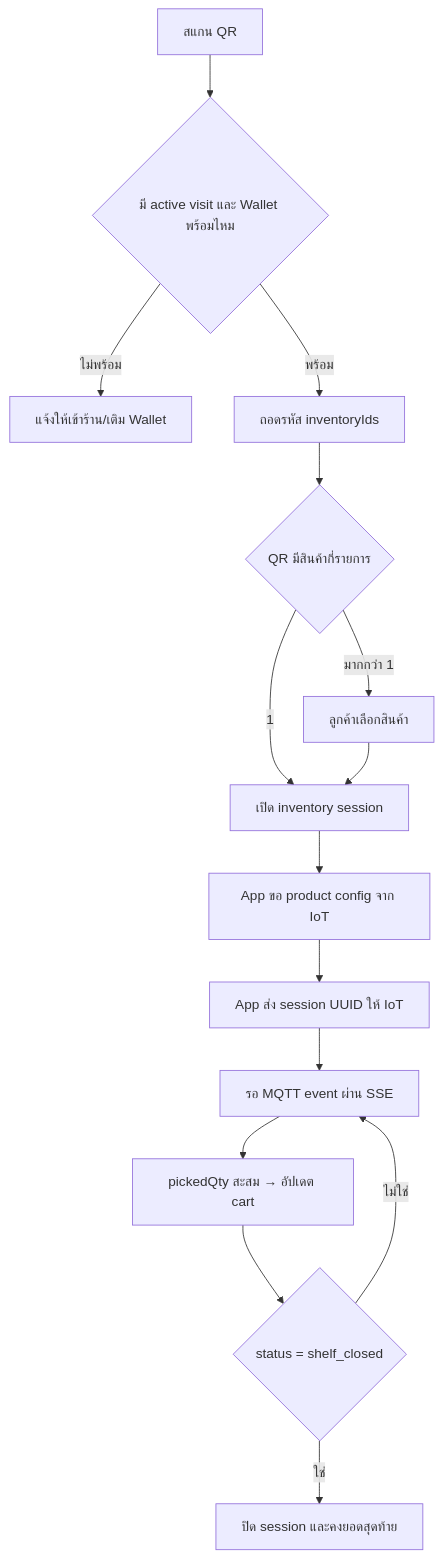
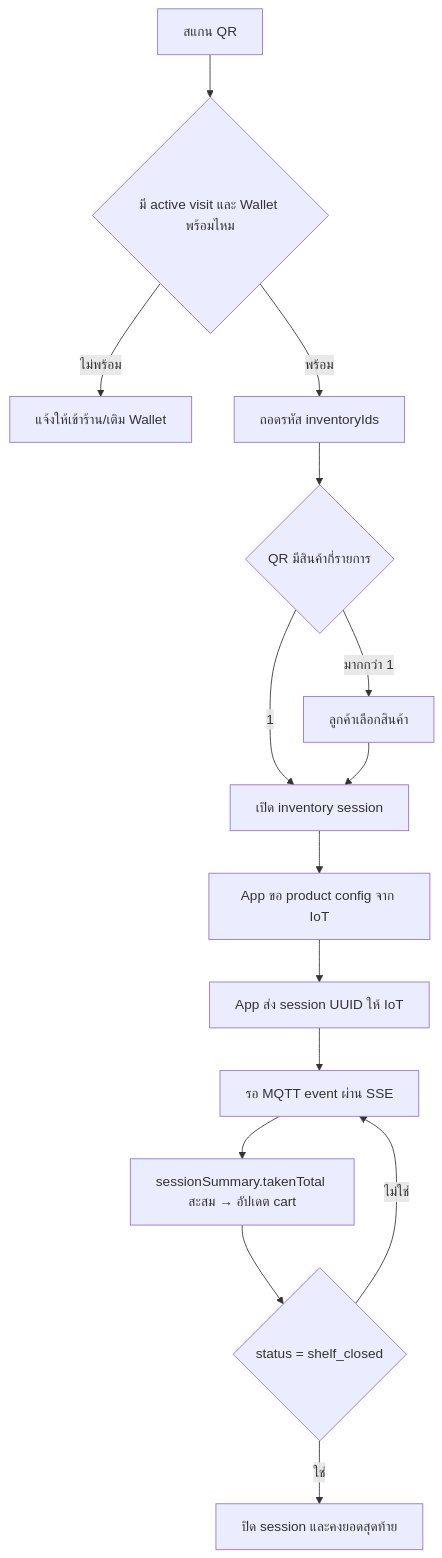
One commit to kukiat/atk-store changed the fourth of 7 diagrams in README.md. Above: the diagram before and after it, drawn with Mermaid. The commit also changed other lines of this file and 13 other files, not shown here.

````diff
--- a/README.md
+++ b/README.md
@@ -235,17 +235,17 @@
 ```mermaid
 flowchart TD
   A[สแกน QR] --> B{มี active visit และ Wallet พร้อมไหม}
   B -- ไม่พร้อม --> C[แจ้งให้เข้าร้าน/เติม Wallet]
   B -- พร้อม --> D[ถอดรหัส inventoryIds]
   D --> E{QR มีสินค้ากี่รายการ}
   E -- 1 --> F[เปิด inventory session]
   E -- มากกว่า 1 --> G[ลูกค้าเลือกสินค้า]
   G --> F
   F --> H[App ขอ product config จาก IoT]
   H --> I[App ส่ง session UUID ให้ IoT]
   I --> J[รอ MQTT event ผ่าน SSE]
-  J --> K[pickedQty สะสม → อัปเดต cart]
+  J --> K[sessionSummary.takenTotal สะสม → อัปเดต cart]
   K --> L{status = shelf_closed}
   L -- ไม่ใช่ --> J
   L -- ใช่ --> M[ปิด session และคงยอดสุดท้าย]
 ```
````
